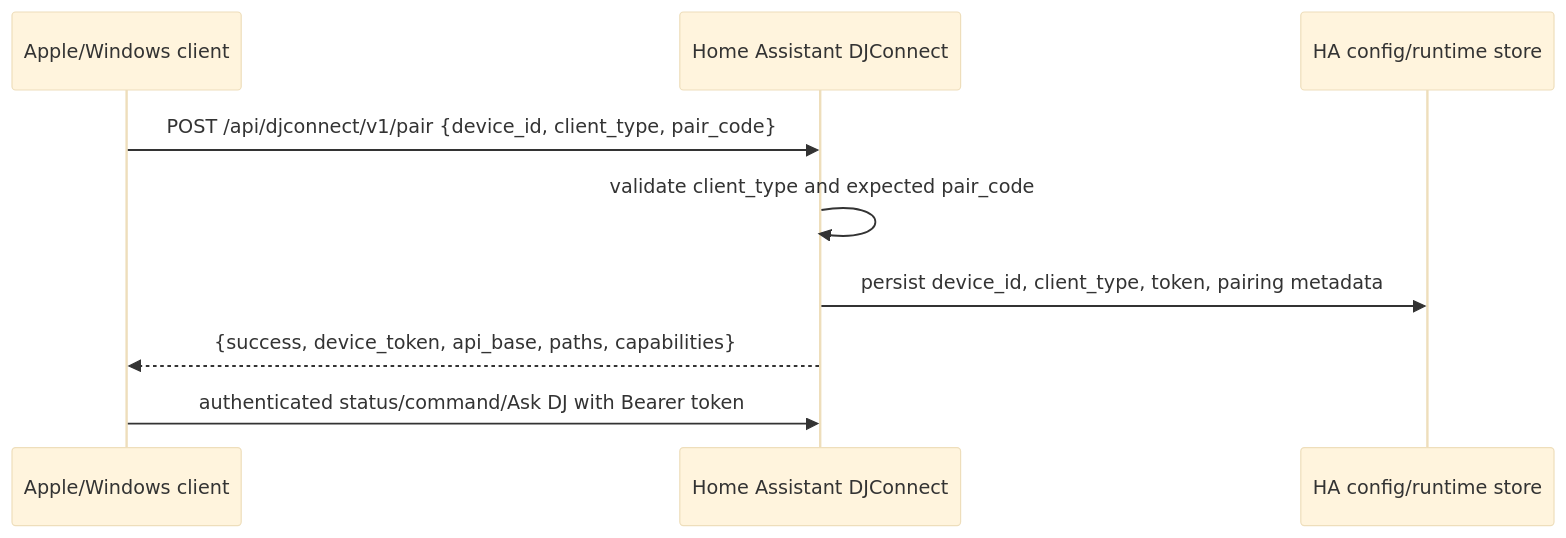
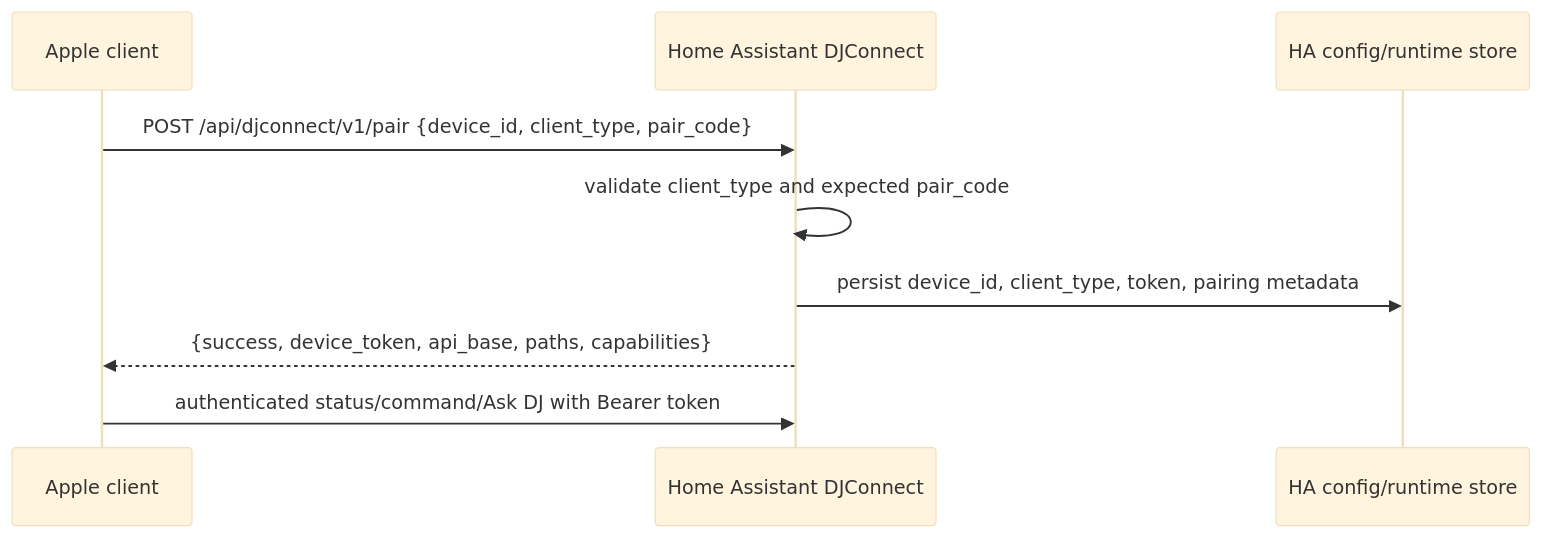
Before and after one commit to pcvantol/djconnect: the first of 2 diagrams in docs/technical/PAIRING.md, drawn with Mermaid (base theme). The commit also changed other lines of this file and 66 other files, not shown here.

Commit message:
Retire Windows client ingress and preserve shared provider ownership (#1144)

````diff
--- a/docs/technical/PAIRING.md
+++ b/docs/technical/PAIRING.md
@@ -28,11 +30,11 @@
 ```mermaid
 sequenceDiagram
-  participant Client as Apple/Windows client
+  participant Client as Apple client
   participant HA as Home Assistant DJConnect
   participant Store as HA config/runtime store
   Client->>HA: POST /api/djconnect/v1/pair {device_id, client_type, pair_code}
   HA->>HA: validate client_type and expected pair_code
   HA->>Store: persist device_id, client_type, token, pairing metadata
   HA-->>Client: {success, device_token, api_base, paths, capabilities}
   Client->>HA: authenticated status/command/Ask DJ with Bearer token
 ```
````
